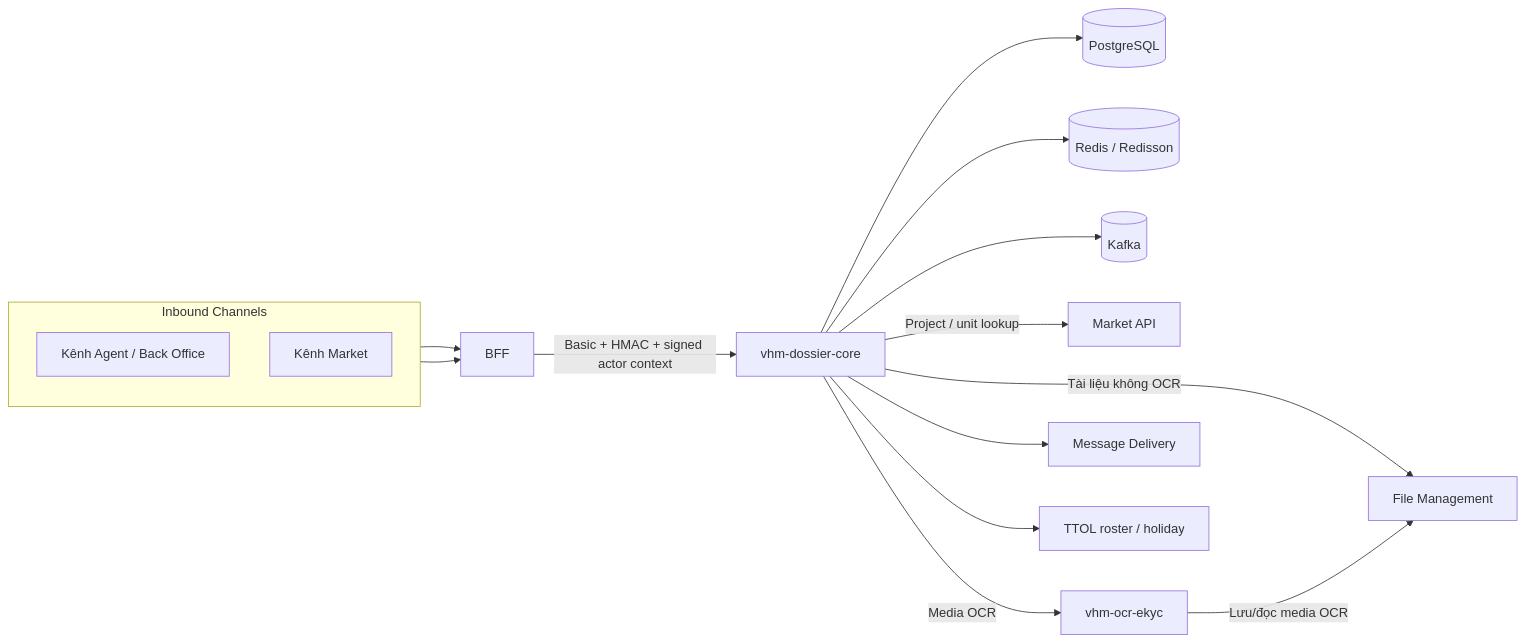
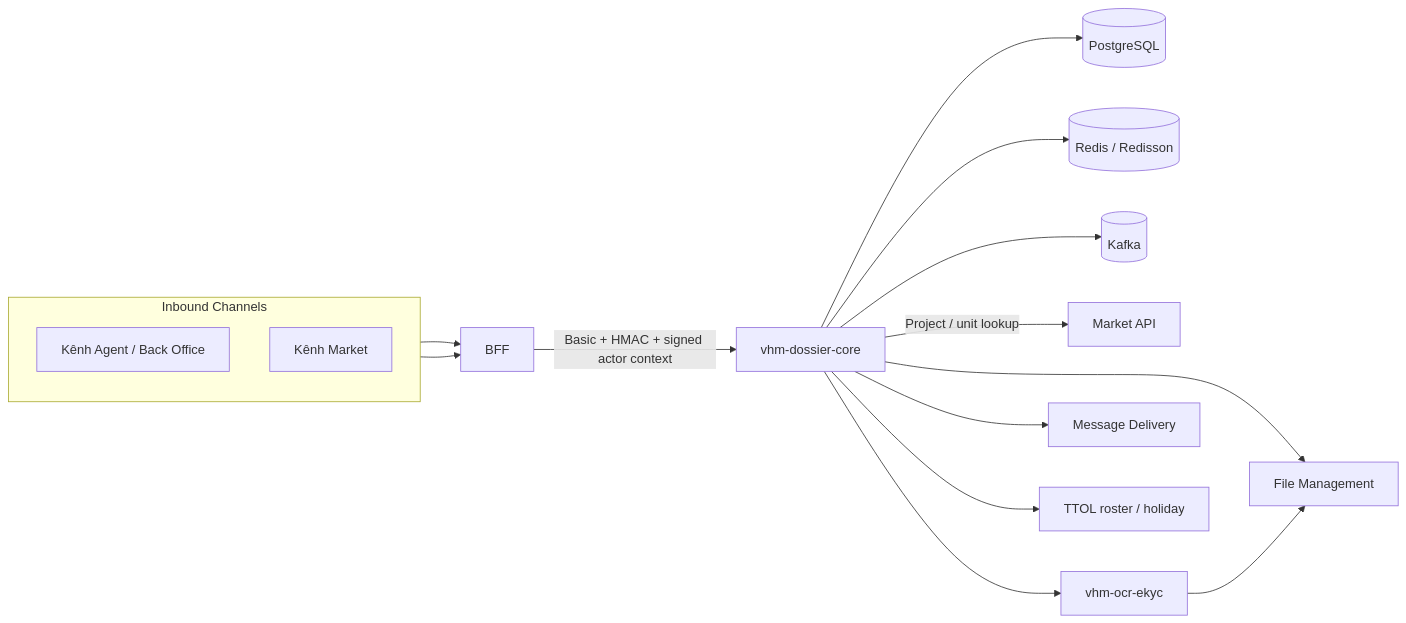
One commit to huynv-xyz/vhm changed the first of 8 diagrams in tdd-dossier.md. Above: the diagram before and after it, drawn with Mermaid. The commit also changed other lines of this file, not shown here.

````diff
--- a/tdd-dossier.md
+++ b/tdd-dossier.md
@@ -182,20 +184,20 @@
 ```mermaid
 flowchart LR
     subgraph Channels[Inbound Channels]
         direction TB
         AgentChannel[Kênh Agent / Back Office]
         MarketChannel[Kênh Market]
     end
     AgentChannel --> API[BFF]
     MarketChannel --> API
     API -->|Basic + HMAC + signed actor context| Core[vhm-dossier-core]
     Core --> PG[(PostgreSQL)]
     Core --> Redis[(Redis / Redisson)]
     Core --> Kafka[(Kafka)]
     Core -->|Project / unit lookup| MarketAPI[Market API]
-    Core -->|Tài liệu không OCR| File[File Management]
-    Core -->|Media OCR| OCR[vhm-ocr-ekyc]
-    OCR -->|Lưu/đọc media OCR| File
+    Core --> File[File Management]
+    Core --> OCR[vhm-ocr-ekyc]
+    OCR --> File
     Core --> Msg[Message Delivery]
     Core --> TTOL[TTOL roster / holiday]
 ```
````
